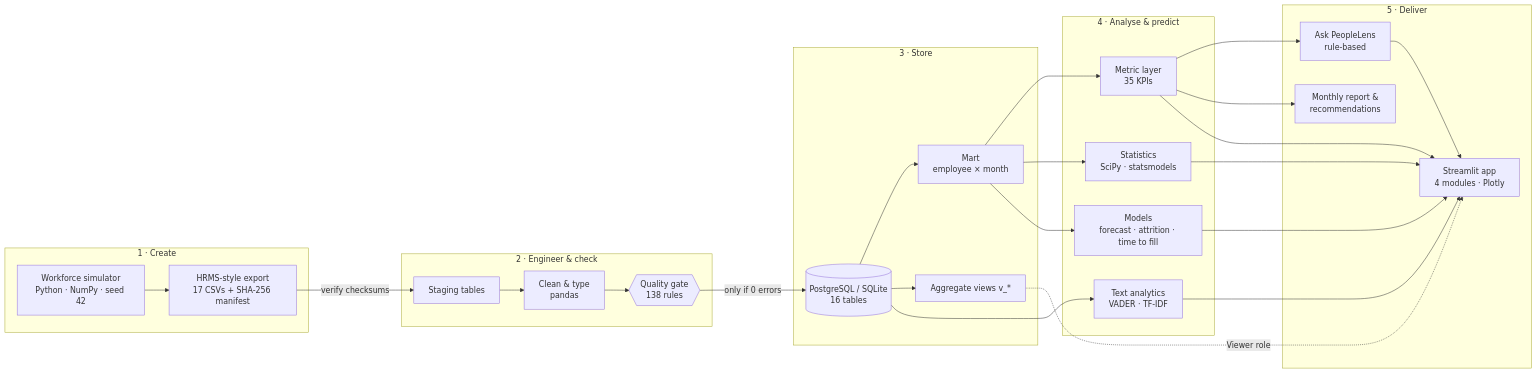
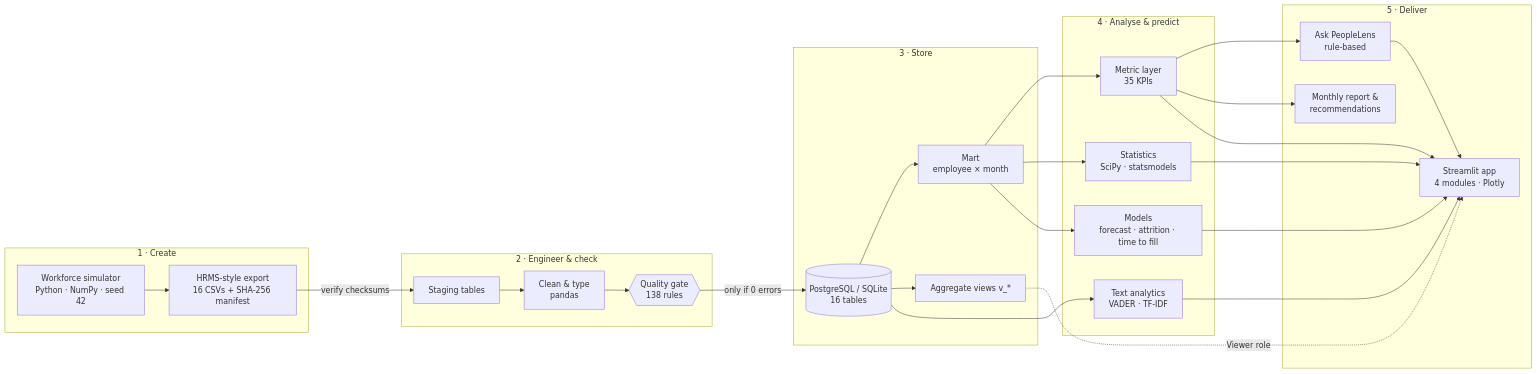
One commit to ayushkhandelwal-bits/peoplelens changed the diagram in README.md. Above: the diagram before and after it, drawn with Mermaid. The commit also changed other lines of this file and 32 other files, not shown here.

````diff
--- a/README.md
+++ b/README.md
@@ -63,31 +63,31 @@
 ```mermaid
 flowchart LR
     subgraph C["1 · Create"]
-        SIM["Workforce simulator<br/>Python · NumPy · seed 42"] --> EXP["HRMS-style export<br/>17 CSVs + SHA-256 manifest"]
+        SIM["Workforce simulator<br/>Python · NumPy · seed 42"] --> EXP["HRMS-style export<br/>16 CSVs + SHA-256 manifest"]
     end
     subgraph E["2 · Engineer & check"]
         STG["Staging tables"] --> CLN["Clean & type<br/>pandas"] --> DQ{{"Quality gate<br/>138 rules"}}
     end
     subgraph S["3 · Store"]
         DB[("PostgreSQL / SQLite<br/>16 tables")] --> MART["Mart<br/>employee × month"]
         DB --> VW["Aggregate views v_*"]
     end
     subgraph A["4 · Analyse & predict"]
         KPI["Metric layer<br/>35 KPIs"]
         STAT["Statistics<br/>SciPy · statsmodels"]
         ML["Models<br/>forecast · attrition · time to fill"]
         NLP["Text analytics<br/>VADER · TF-IDF"]
     end
     subgraph D["5 · Deliver"]
         APP["Streamlit app<br/>4 modules · Plotly"]
         ASK["Ask PeopleLens<br/>rule-based"]
         REP["Monthly report &<br/>recommendations"]
     end
     EXP -->|verify checksums| STG
     DQ -->|only if 0 errors| DB
     MART --> KPI & STAT & ML
     DB --> NLP
     KPI --> ASK & REP
     KPI & STAT & ML & NLP & ASK --> APP
     VW -.->|Viewer role| APP
 ```
````
